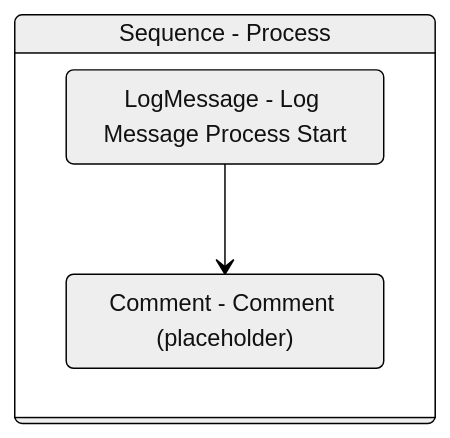
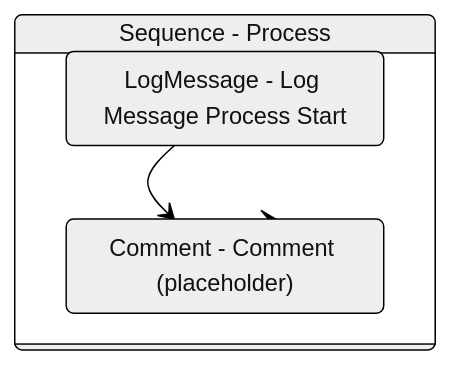
One commit to yashbrahmbhatt/LazyFramework changed the diagram in Documentation/.templates/Performers/REFramework/Framework/Process.md. Above: the diagram before and after it, drawn with Mermaid (neutral theme). The commit also changed 83 other files, not shown here.

````diff
--- a/Documentation/.templates/Performers/REFramework/Framework/Process.md
+++ b/Documentation/.templates/Performers/REFramework/Framework/Process.md
@@ -77,12 +77,12 @@
 ```mermaid
 stateDiagram-v2
-
 
 Sequence_2: Sequence - Process
 state Sequence_2 {
 direction TB
 LogMessage_1 : LogMessage - Log Message Process Start
 Comment_1 : Comment - Comment (placeholder)
 LogMessage_1 --> Comment_1
 }
+Comment_1 --> Sequence_2
 ```
````
